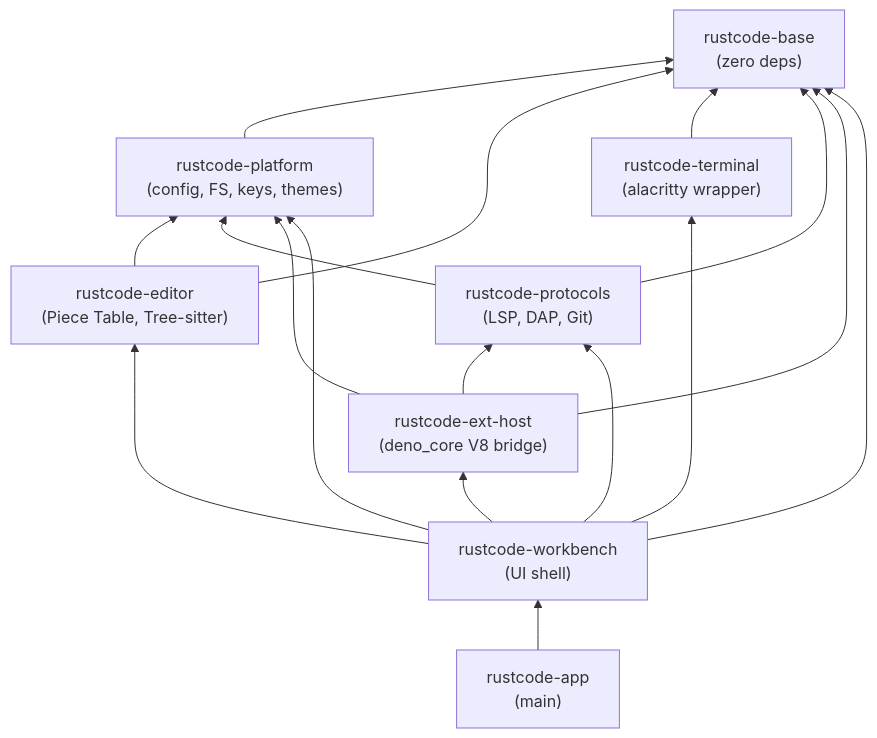
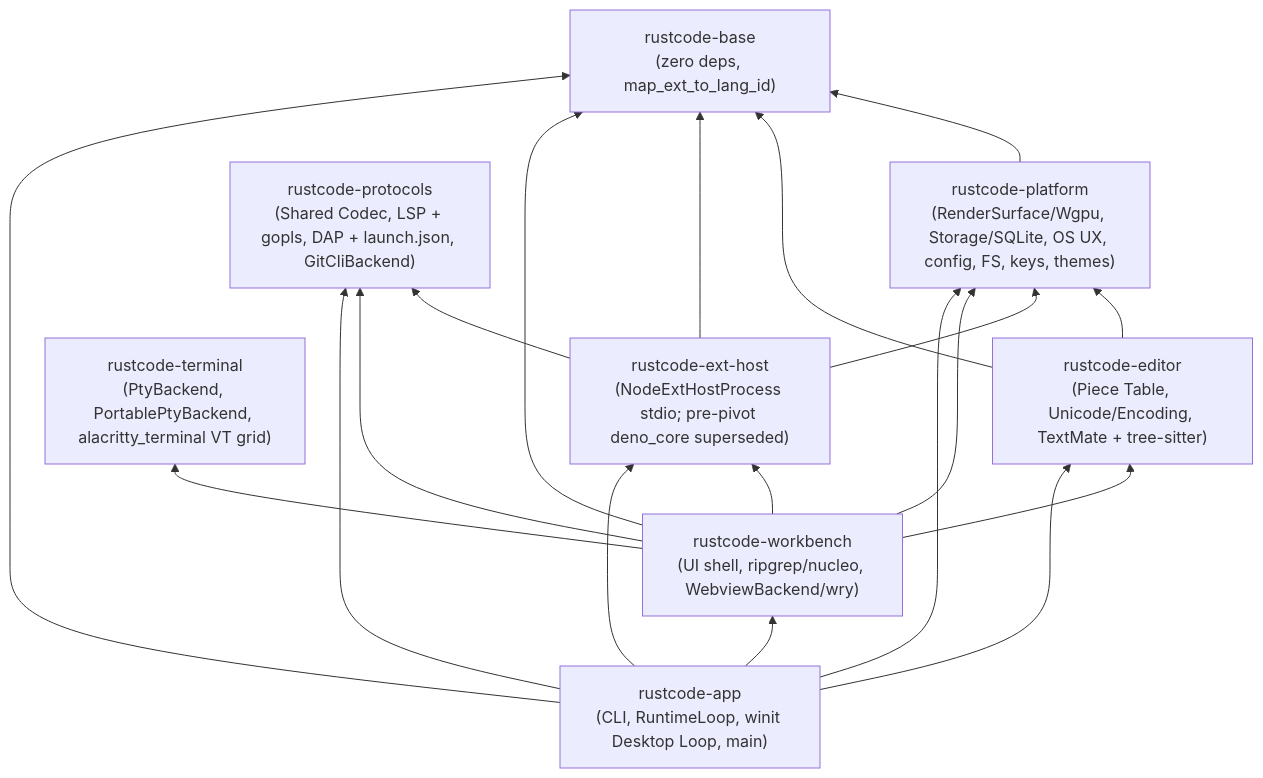
Before and after one commit to revelino01/vscode-in-rust: the first of 3 diagrams in rustcode-implementation-plan.md, drawn with Mermaid. The commit also changed other lines of this file and 111 other files, not shown here.

````diff
--- a/rustcode-implementation-plan.md
+++ b/rustcode-implementation-plan.md
@@ -302,28 +302,30 @@
 ```mermaid
 flowchart BT
-    base["rustcode-base\n(zero deps)"]
-    platform["rustcode-platform\n(config, FS, keys, themes)"]
-    editor["rustcode-editor\n(Piece Table, Tree-sitter)"]
-    terminal["rustcode-terminal\n(alacritty wrapper)"]
-    protocols["rustcode-protocols\n(LSP, DAP, Git)"]
-    exthost["rustcode-ext-host\n(deno_core V8 bridge)"]
-    workbench["rustcode-workbench\n(UI shell)"]
-    app["rustcode-app\n(main)"]
+    base["rustcode-base\n(zero deps, map_ext_to_lang_id)"]
+    platform["rustcode-platform\n(RenderSurface/Wgpu, Storage/SQLite, OS UX, config, FS, keys, themes)"]
+    editor["rustcode-editor\n(Piece Table, Unicode/Encoding, TextMate + tree-sitter)"]
+    terminal["rustcode-terminal\n(PtyBackend, PortablePtyBackend, alacritty_terminal VT grid)"]
+    protocols["rustcode-protocols\n(Shared Codec, LSP + gopls, DAP + launch.json, GitCliBackend)"]
+    exthost["rustcode-ext-host\n(NodeExtHostProcess stdio; pre-pivot deno_core superseded)"]
+    workbench["rustcode-workbench\n(UI shell, ripgrep/nucleo, WebviewBackend/wry)"]
+    app["rustcode-app\n(CLI, RuntimeLoop, winit Desktop Loop, main)"]
 
     platform --> base
     editor --> base
     editor --> platform
-    terminal --> base
-    protocols --> base
-    protocols --> platform
     exthost --> base
     exthost --> platform
     exthost --> protocols
     workbench --> base
     workbench --> platform
     workbench --> editor
     workbench --> terminal
     workbench --> protocols
     workbench --> exthost
+    app --> base
+    app --> platform
+    app --> editor
+    app --> protocols
+    app --> exthost
     app --> workbench
 ```
````
